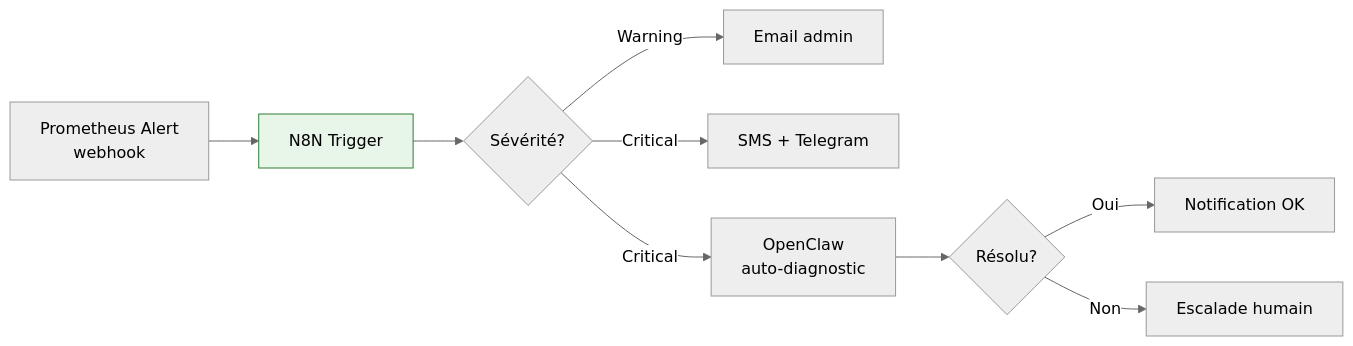
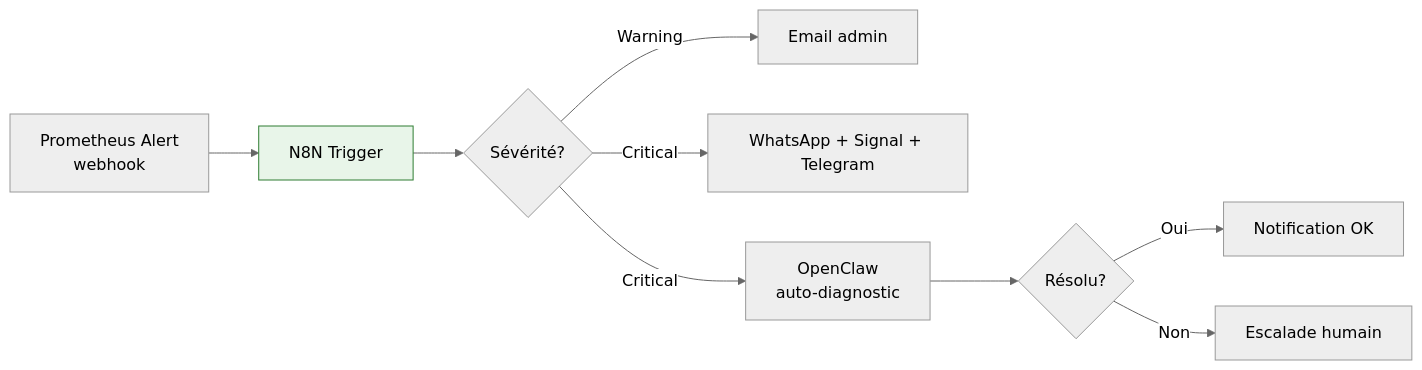
The third of 7 diagrams in docs/migration-architecture/n8n-openclaw-prometheus.md (essensys-hub/essensys-raspberry-install), drawn with Mermaid (neutral theme) before and after one commit. The commit also changed other lines of this file and 2 other files, not shown here.

Commit message:
Replace Telegram-only references with WhatsApp/Signal/Telegram

````diff
--- a/docs/migration-architecture/n8n-openclaw-prometheus.md
+++ b/docs/migration-architecture/n8n-openclaw-prometheus.md
@@ -146,13 +146,13 @@
 ```mermaid
 graph LR
     A[Prometheus Alert<br/>webhook] --> B[N8N Trigger]
     B --> C{Sévérité?}
     C -->|Warning| D[Email admin]
-    C -->|Critical| E[SMS + Telegram]
+    C -->|Critical| E[WhatsApp + Signal + Telegram]
     C -->|Critical| F[OpenClaw<br/>auto-diagnostic]
     F --> G{Résolu?}
     G -->|Oui| H[Notification OK]
     G -->|Non| I[Escalade humain]
 
     style B fill:#e8f5e9,stroke:#2e7d32
 ```
````
